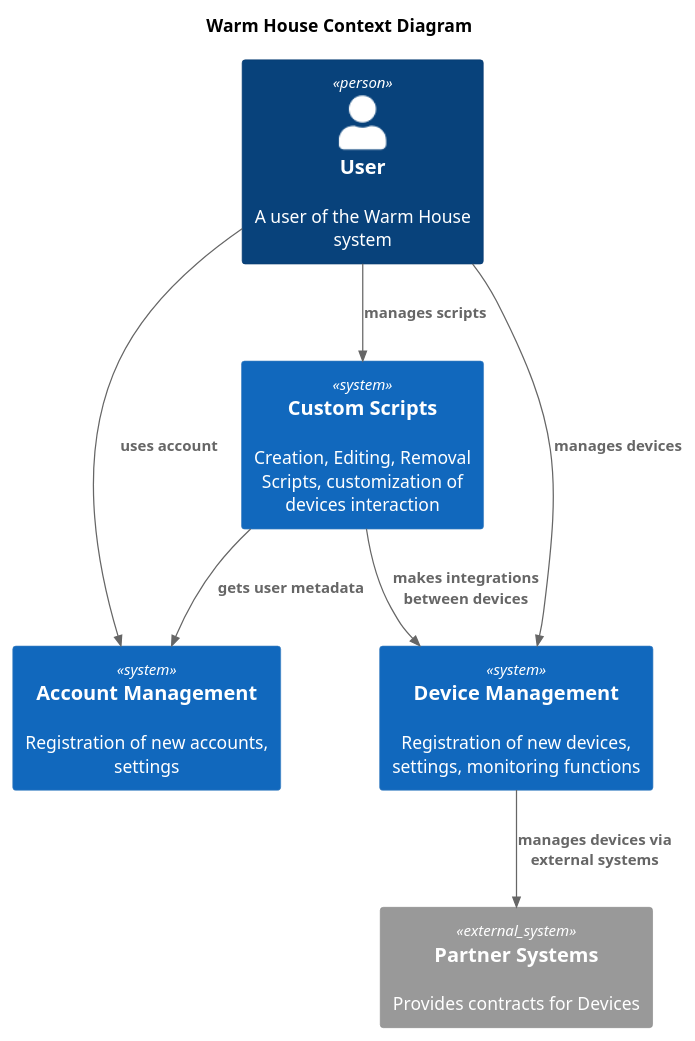
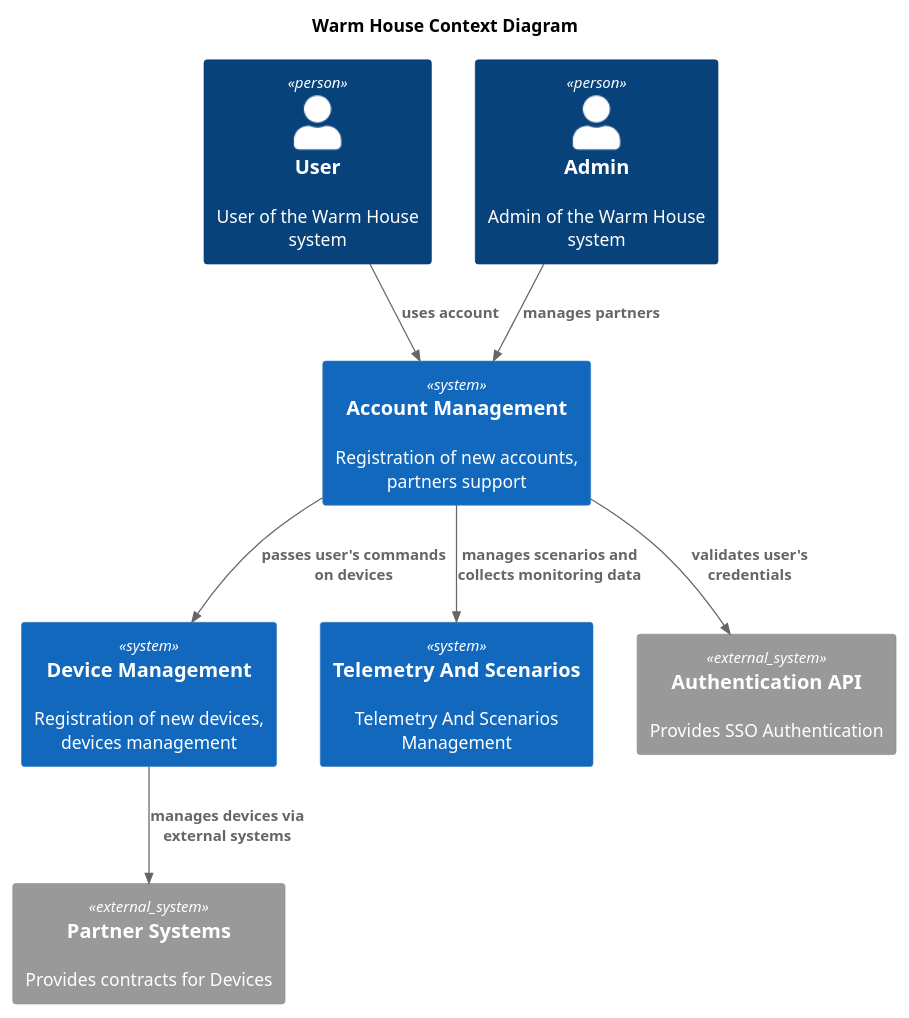
Before and after one commit to evsi92/practicum-sprint-1: the diagram in docs/Task1.puml, drawn with PlantUML. The commit also changed 5 other files, not shown here.

```diff
--- a/docs/Task1.puml
+++ b/docs/Task1.puml
@@ -1,20 +1,23 @@
 @startuml
 title Warm House Context Diagram
 
 !include <C4/C4_Container>
 
 
-Person(user, "User", "A user of the Warm House system")
-System(accountManagement, "Account Management", "Registration of new accounts, settings")
-System(deviceManagement, "Device Management", "Registration of new devices, settings, monitoring functions")
-System(customScripts, "Custom Scripts", "Creation, Editing, Removal Scripts, customization of devices interaction")
+Person(user, "User", "User of the Warm House system")
+Person(admin, "Admin", "Admin of the Warm House system")
+
+System(accountManagement, "Account Management", "Registration of new accounts, partners support")
+System(deviceManagement, "Device Management", "Registration of new devices, devices management")
+System(telemetryAndScenarios, "Telemetry And Scenarios", "Telemetry And Scenarios Management")
 System_Ext(partnerSystems, "Partner Systems", "Provides contracts for Devices")
+System_Ext(authenticationAPI, "Authentication API", "Provides SSO Authentication")
 
 Rel(user, accountManagement, "uses account")
-Rel(user, customScripts, "manages scripts")
-Rel(user, deviceManagement, "manages devices")
-Rel(customScripts, accountManagement, "gets user metadata")
-Rel(customScripts, deviceManagement, "makes integrations between devices")
+Rel(admin, accountManagement, "manages partners")
+Rel(accountManagement, authenticationAPI, "validates user's credentials")
+Rel(accountManagement, deviceManagement, "passes user's commands on devices")
+Rel(accountManagement, telemetryAndScenarios, "manages scenarios and collects monitoring data")
 Rel(deviceManagement, partnerSystems, "manages devices via external systems")
 
 @enduml
```
